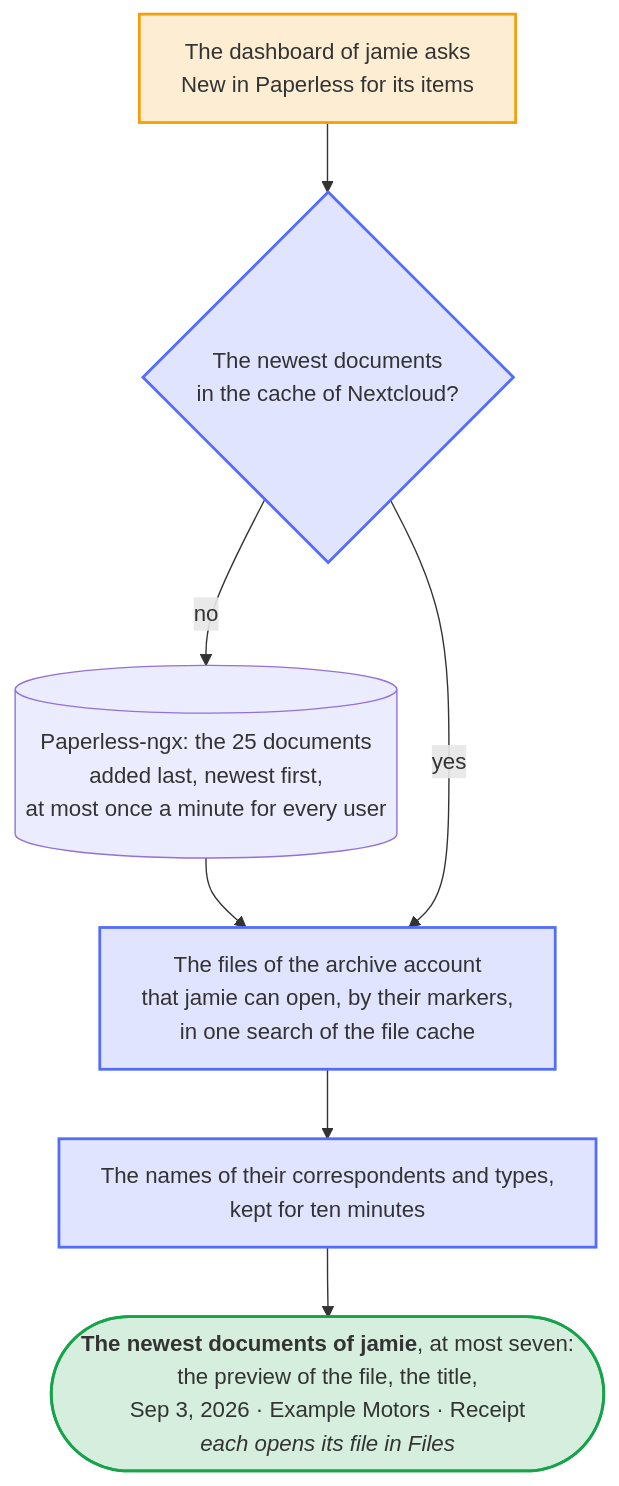
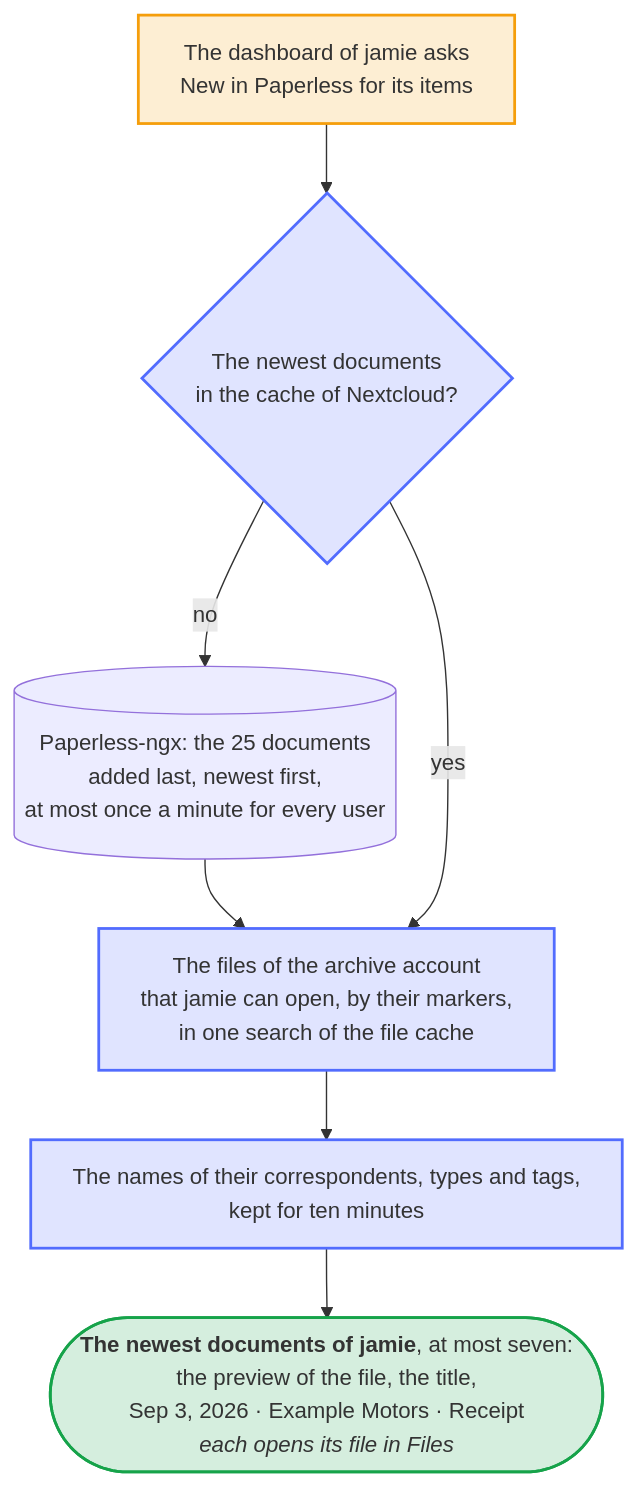
One commit to Dennis-Otto/paperless-unified-search changed the diagram in docs/diagrams/the-newest-documents-on-the-dashboard.mmd. Above: the diagram before and after it, drawn with Mermaid. The commit also changed 94 other files, not shown here.

```diff
--- a/docs/diagrams/the-newest-documents-on-the-dashboard.mmd
+++ b/docs/diagrams/the-newest-documents-on-the-dashboard.mmd
@@ -1,33 +1,33 @@
 ---
 config:
   flowchart:
     wrappingWidth: 400
     nodeSpacing: 30
 ---
 flowchart TB
     accTitle: The newest documents on the dashboard
-    accDescr: The dashboard of jamie asks the widget New in Paperless for its items. The app takes the 25 documents that Paperless-ngx added last from Nextcloud's distributed cache, or else asks Paperless for them, newest first, and keeps them for a minute for every user, since every request carries the token of the settings. Of these, jamie sees the documents whose file of the archive account jamie can open, found by their markers in one search of the file cache, at most seven, with the names of their correspondents and types. Each item shows the preview of its file, its title, and the day that Paperless added it, its correspondent and its type, such as Sep 3, 2026 · Example Motors · Receipt, and opens the file in Files.
+    accDescr: The dashboard of jamie asks the widget New in Paperless for its items. The app takes the 25 documents that Paperless-ngx added last from Nextcloud's distributed cache, or else asks Paperless for them, newest first, and keeps them for a minute for every user, since every request carries the token of the settings. Of these, jamie sees the documents whose file of the archive account jamie can open, found by their markers in one search of the file cache, at most seven, with the names of their correspondents, types and tags. Each item shows the preview of its file, its title, and the day that Paperless added it, its correspondent, its type and up to two of its tags, such as Sep 3, 2026 · Example Motors · Receipt · warranty, and opens the file in Files.
 
     dashboard["The dashboard of jamie asks<br>New in Paperless for its items"]
     cache{"The newest documents<br>in the cache of Nextcloud?"}
     paperless[("Paperless-ngx: the 25 documents<br>added last, newest first,<br>at most once a minute for every user")]
     files["The files of the archive account<br>that jamie can open, by their markers,<br>in one search of the file cache"]
-    names["The names of their correspondents and types,<br>kept for ten minutes"]
+    names["The names of their correspondents, types and tags,<br>kept for ten minutes"]
     widget(["`**The newest documents of jamie**, at most seven:
     the preview of the file, the title,
     Sep 3, 2026 · Example Motors · Receipt
     *each opens its file in Files*`"])
 
     dashboard --> cache
     cache -- "no" --> paperless
     paperless --> files
     cache -- "yes" --> files
     files --> names
     names --> widget
 
     classDef you fill:#f59e0b2e,stroke:#f59e0b,stroke-width:2px
     classDef app fill:#526cfe2e,stroke:#526cfe,stroke-width:2px
     classDef yes fill:#16a34a2e,stroke:#16a34a,stroke-width:2px
     class dashboard you
     class cache,files,names app
     class widget yes
```
